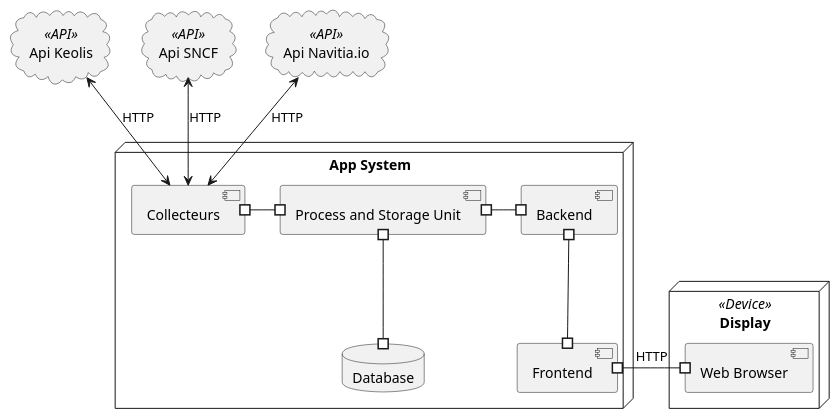
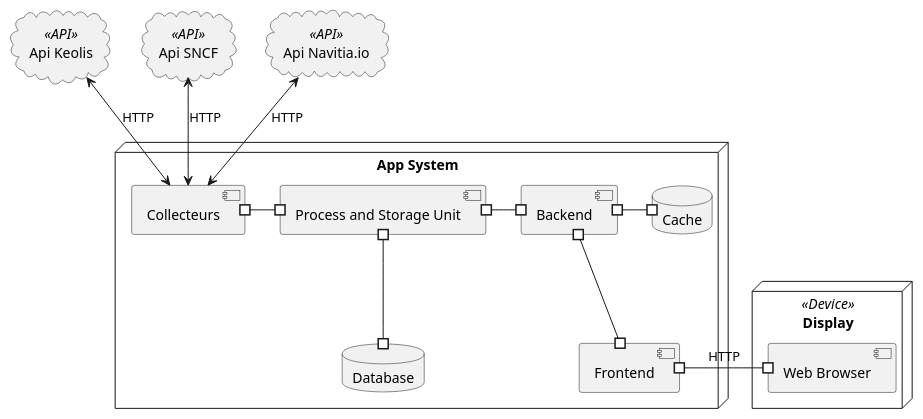
The diagram in Diagram/DiagramSystem/DiagrammeDéploiement.puml (INDEN-Intelligo/Design), drawn with PlantUML before and after one commit. The commit also changed other lines of this file, not shown here.

```diff
--- a/Diagram/DiagramSystem/DiagrammeDéploiement.puml
+++ b/Diagram/DiagramSystem/DiagrammeDéploiement.puml
@@ -50,43 +1,45 @@
 @startuml
 node "Display" <<Device>> as Display {
  component "Web Browser" as Browser {
  }
 }
 
     node "App System" as Docker {
                 component Backend as NestJS {
                 }
 
                 component "Process and Storage Unit" as SUpro{
+                }
+                database Cache{
+                }
 
-                }
                 database Database {
                 }
                 component Collecteurs {
                 }
                 component Frontend {
                 }
 
 
     }
 
 cloud "Api Keolis" <<API>> as keo{
 }
 cloud "Api SNCF" <<API>> as SNCF{
 }
 cloud "Api Navitia.io" <<API>> as Nav{
 }
 
 
 Frontend #-# Browser : HTTP
-
+NestJS #-# Cache
 Collecteurs #-# SUpro
 SUpro #--# Database
 SUpro #-# NestJS
 NestJS #--# Frontend
 
 keo <-->  Collecteurs: HTTP
 SNCF <-->  Collecteurs: HTTP
 Nav  <--> Collecteurs : HTTP
 
 @enduml
```
